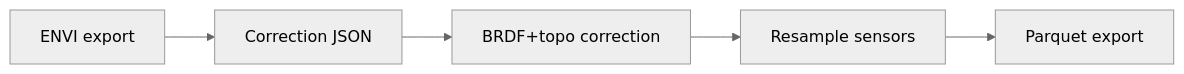
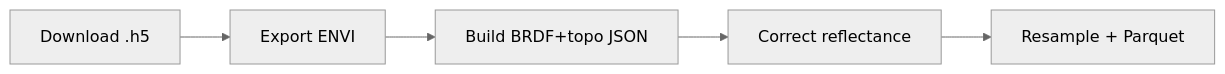
One commit to earthlab/cross-sensor-cal changed the diagram in docs/overview.md. Above: the diagram before and after it, drawn with Mermaid (neutral theme). The commit also changed other lines of this file and 6 other files, not shown here.

````diff
--- a/docs/overview.md
+++ b/docs/overview.md
@@ -49,9 +10,9 @@
 ```mermaid
 flowchart LR
-    E[ENVI export]
-    C[Correction JSON]
-    B[BRDF+topo correction]
-    R[Resample sensors]
-    P[Parquet export]
-    E --> C --> B --> R --> P
+    D[Download .h5]
+    E[Export ENVI]
+    J[Build BRDF+topo JSON]
+    C[Correct reflectance]
+    R[Resample + Parquet]
+    D --> E --> J --> C --> R
 ```
````
